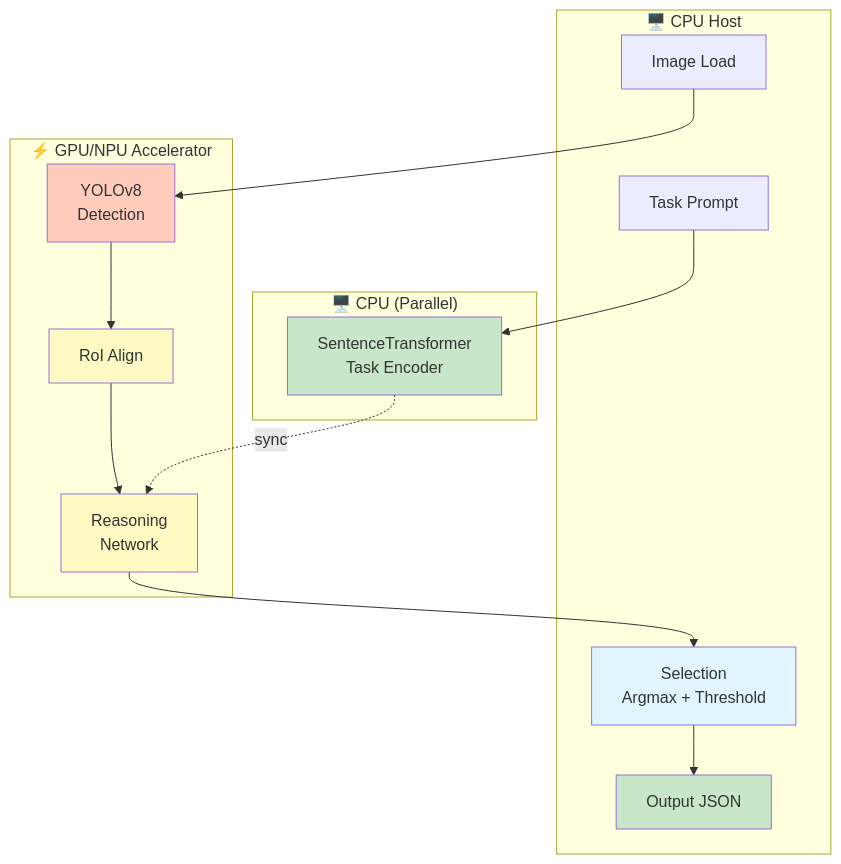
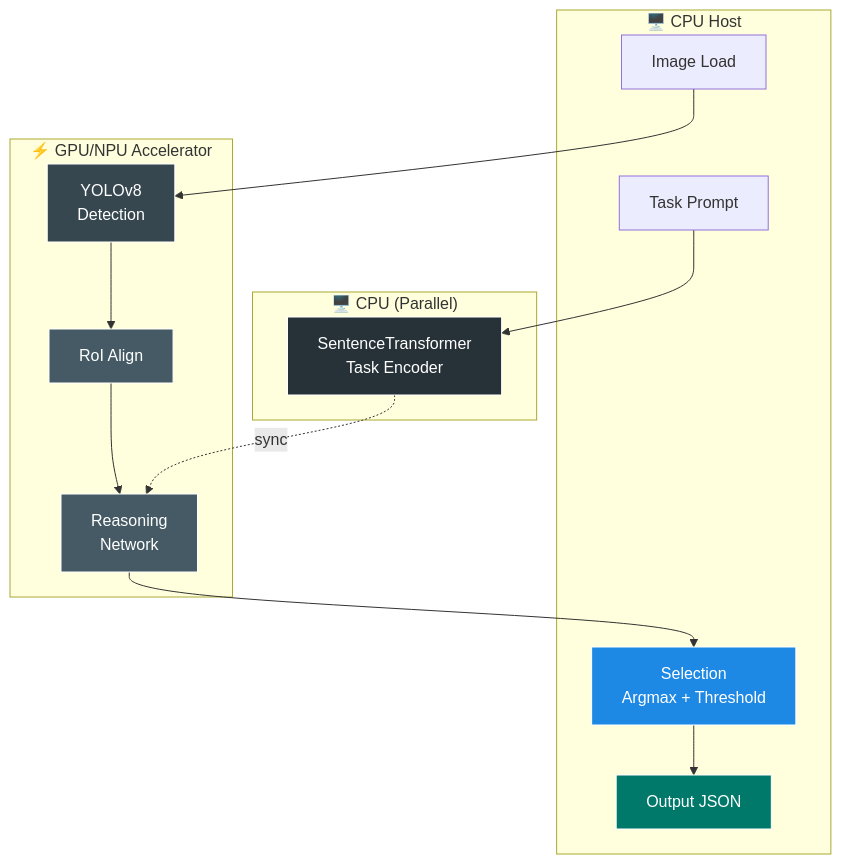
The fourth of 5 diagrams in task_aware_object_selection/README.md (SavioJohnson007/Task_Driven_Object_Detection), drawn with Mermaid before and after one commit. The commit also changed other lines of this file and 3 other files, not shown here.

````diff
--- a/task_aware_object_selection/README.md
+++ b/task_aware_object_selection/README.md
@@ -703,34 +703,34 @@
 ```mermaid
 graph TB
     subgraph CPU["🖥️ CPU Host"]
         image_load["Image Load"]
         prompt_text["Task Prompt"]
         select["Selection<br/>Argmax + Threshold"]
         output["Output JSON"]
     end
     
     subgraph GPU["⚡ GPU/NPU Accelerator"]
         yolo["YOLOv8<br/>Detection"]
         roi["RoI Align"]
         reason["Reasoning<br/>Network"]
     end
     
     subgraph CPU2["🖥️ CPU (Parallel)"]
         text_enc["SentenceTransformer<br/>Task Encoder"]
     end
     
     image_load --> yolo
     prompt_text --> text_enc
     yolo --> roi
     roi --> reason
     text_enc -.sync.-> reason
     reason --> select
     select --> output
     
-    style yolo fill:#ffccbc
-    style roi fill:#fff9c4
-    style reason fill:#fff9c4
-    style text_enc fill:#c8e6c9
-    style select fill:#e1f5ff
-    style output fill:#c8e6c9
+    style yolo fill:#37474F,stroke:#ffffff,stroke-width:1px,color:#ffffff
+    style roi fill:#455A64,stroke:#ffffff,stroke-width:1px,color:#ffffff
+    style reason fill:#455A64,stroke:#ffffff,stroke-width:1px,color:#ffffff
+    style text_enc fill:#263238,stroke:#ffffff,stroke-width:1px,color:#ffffff
+    style select fill:#1E88E5,stroke:#ffffff,stroke-width:1px,color:#ffffff
+    style output fill:#00796B,stroke:#ffffff,stroke-width:1px,color:#ffffff
 ```
````
